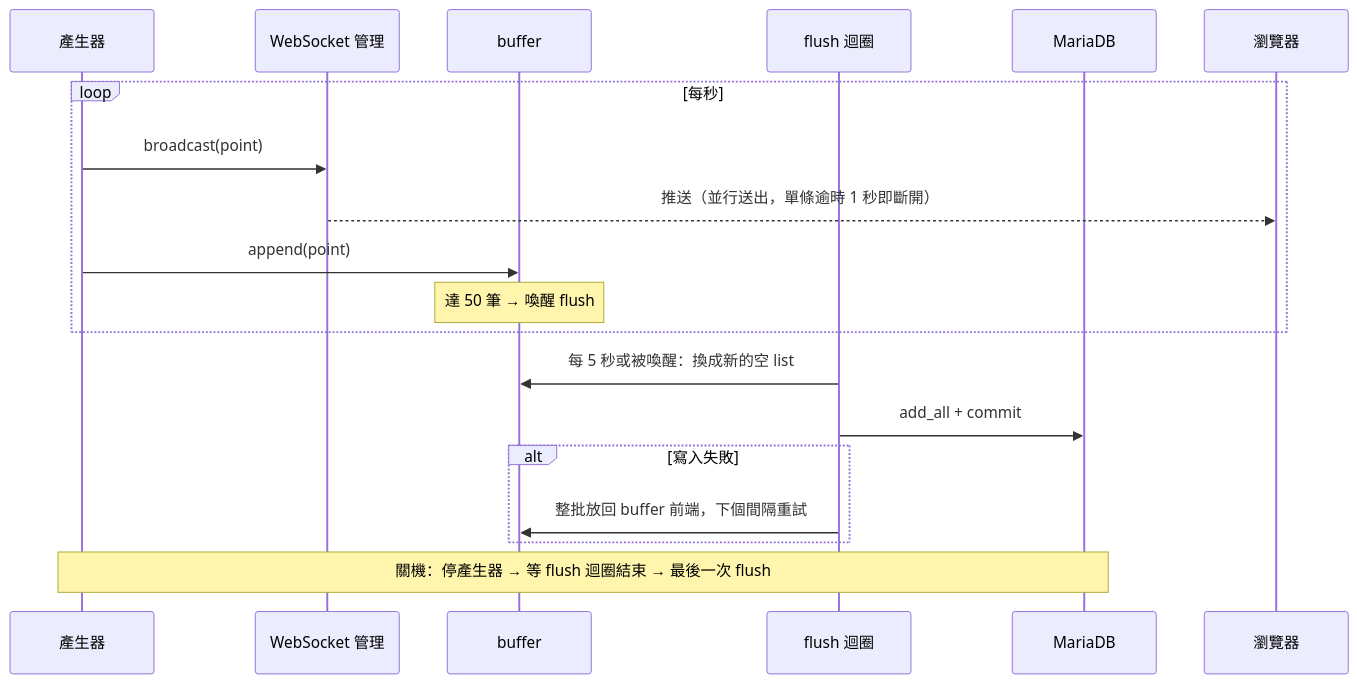
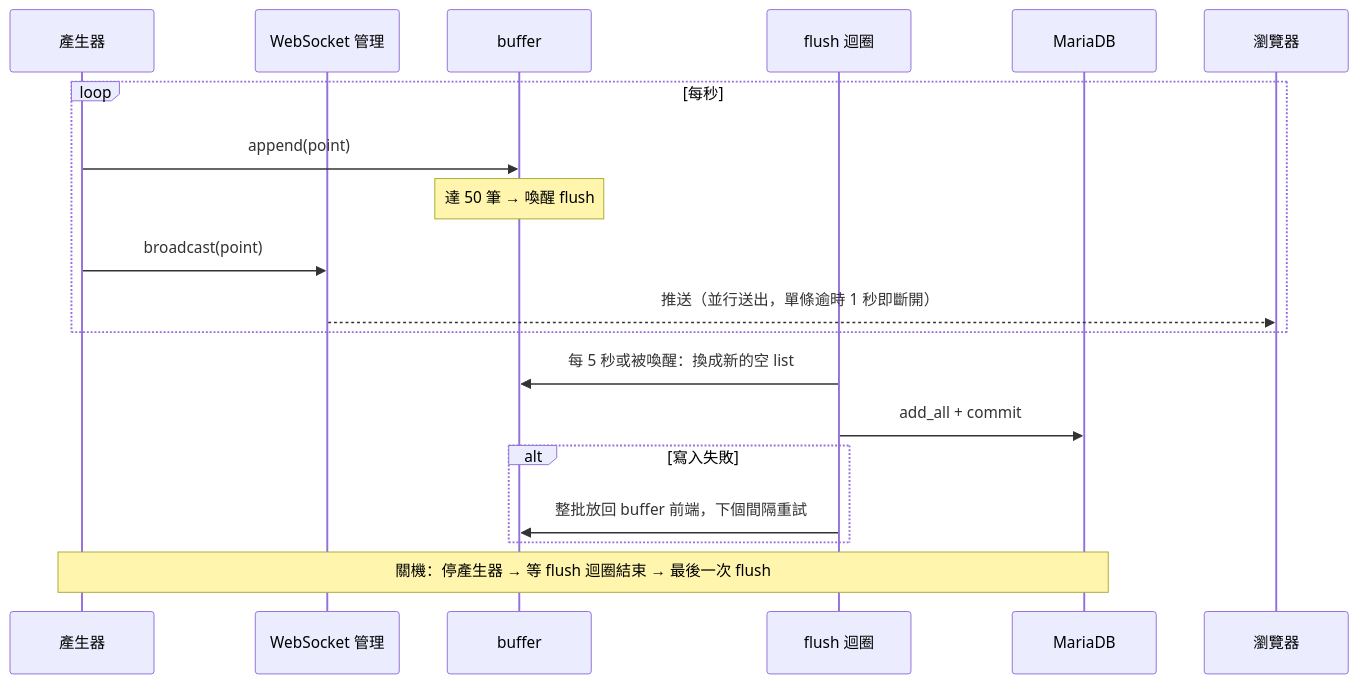
Before and after one commit to hungweiwu/realtime-monitoring-system: the second of 2 diagrams in README.md, drawn with Mermaid. The commit also changed other lines of this file and 2 other files, not shown here.

Commit message:
docs: correct realtime flow order and fill gaps found in pre-submission review

````diff
--- a/README.md
+++ b/README.md
@@ -115,22 +115,22 @@
 ```mermaid
 sequenceDiagram
     participant G as 產生器
     participant M as WebSocket 管理
     participant B as buffer
     participant F as flush 迴圈
     participant D as MariaDB
     participant U as 瀏覽器
 
     loop 每秒
+        G->>B: append(point)
+        Note over B: 達 50 筆 → 喚醒 flush
         G->>M: broadcast(point)
         M-->>U: 推送（並行送出，單條逾時 1 秒即斷開）
-        G->>B: append(point)
-        Note over B: 達 50 筆 → 喚醒 flush
     end
     F->>B: 每 5 秒或被喚醒：換成新的空 list
     F->>D: add_all + commit
     alt 寫入失敗
         F->>B: 整批放回 buffer 前端，下個間隔重試
     end
     Note over G,D: 關機：停產生器 → 等 flush 迴圈結束 → 最後一次 flush
 ```
````
